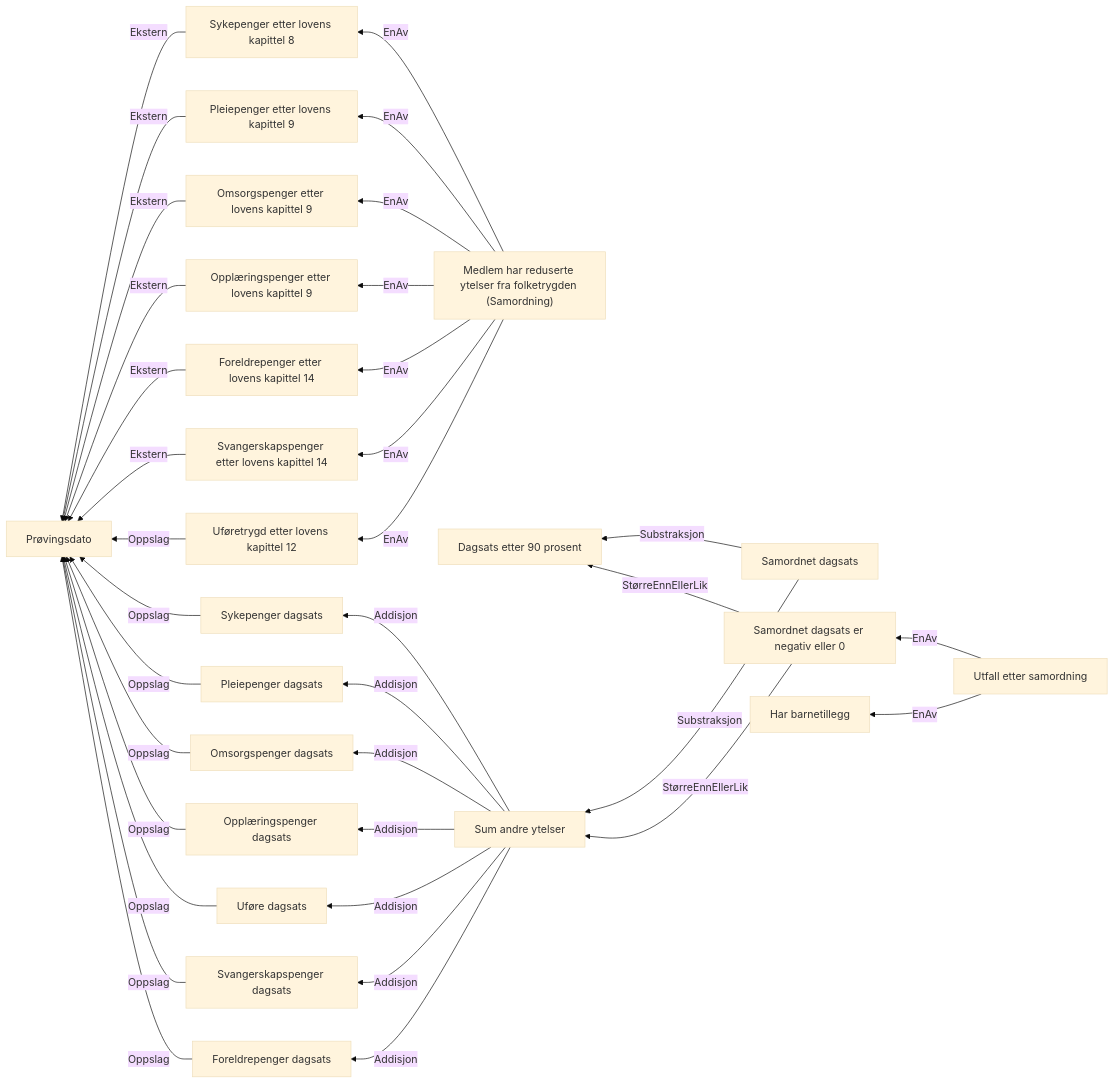
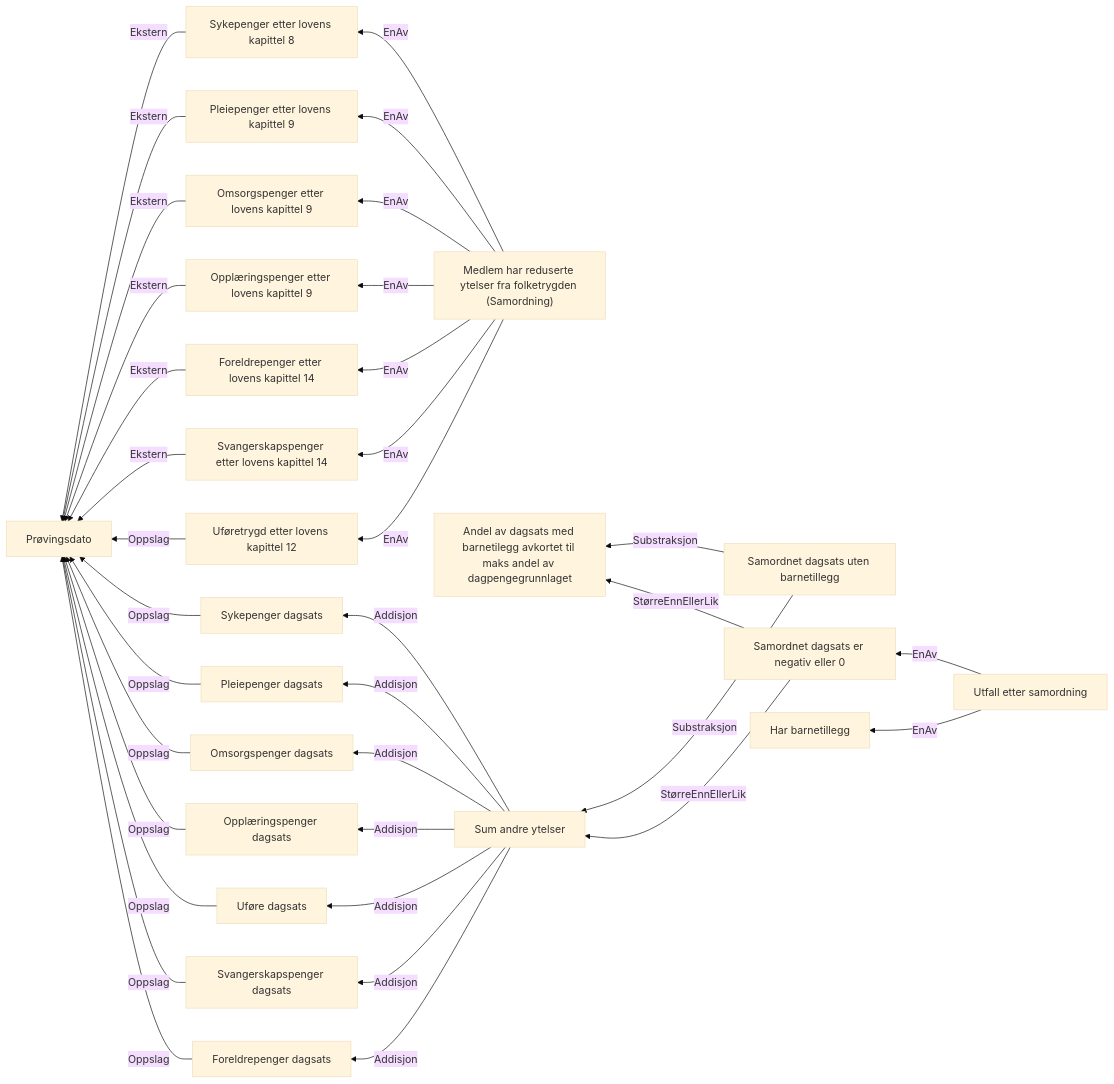
Before and after one commit to navikt/dp-vedtak: the diagram in docs/regler/§ 4-25.Samordning med reduserte ytelser fra folketrygden, eller redusert avtalefestet pensjon.approved.md, drawn with Mermaid (base theme). The commit also changed 15 other files, not shown here.

First line of the commit message:
Avkort mot 90% uten barnetillegg før samordning

````diff
--- a/docs/regler/§ 4-25.Samordning med reduserte ytelser fra folketrygden, eller redusert avtalefestet pensjon.approved.md
+++ b/docs/regler/§ 4-25.Samordning med reduserte ytelser fra folketrygden, eller redusert avtalefestet pensjon.approved.md
@@ -5,37 +5,37 @@
 ```mermaid
 graph RL
   A["Sykepenger etter lovens kapittel 8"] -->|"Ekstern"| B["Prøvingsdato"]
   C["Pleiepenger etter lovens kapittel 9"] -->|"Ekstern"| B["Prøvingsdato"]
   D["Omsorgspenger etter lovens kapittel 9"] -->|"Ekstern"| B["Prøvingsdato"]
   E["Opplæringspenger etter lovens kapittel 9"] -->|"Ekstern"| B["Prøvingsdato"]
   F["Foreldrepenger etter lovens kapittel 14"] -->|"Ekstern"| B["Prøvingsdato"]
   G["Svangerskapspenger etter lovens kapittel 14"] -->|"Ekstern"| B["Prøvingsdato"]
   H["Uføretrygd etter lovens kapittel 12"] -->|"Oppslag"| B["Prøvingsdato"]
   I["Sykepenger dagsats"] -->|"Oppslag"| B["Prøvingsdato"]
   J["Pleiepenger dagsats"] -->|"Oppslag"| B["Prøvingsdato"]
   K["Omsorgspenger dagsats"] -->|"Oppslag"| B["Prøvingsdato"]
   L["Opplæringspenger dagsats"] -->|"Oppslag"| B["Prøvingsdato"]
   M["Uføre dagsats"] -->|"Oppslag"| B["Prøvingsdato"]
   N["Svangerskapspenger dagsats"] -->|"Oppslag"| B["Prøvingsdato"]
   O["Foreldrepenger dagsats"] -->|"Oppslag"| B["Prøvingsdato"]
   P["Sum andre ytelser"] -->|"Addisjon"| I["Sykepenger dagsats"]
   P["Sum andre ytelser"] -->|"Addisjon"| J["Pleiepenger dagsats"]
   P["Sum andre ytelser"] -->|"Addisjon"| K["Omsorgspenger dagsats"]
   P["Sum andre ytelser"] -->|"Addisjon"| L["Opplæringspenger dagsats"]
   P["Sum andre ytelser"] -->|"Addisjon"| M["Uføre dagsats"]
   P["Sum andre ytelser"] -->|"Addisjon"| O["Foreldrepenger dagsats"]
   P["Sum andre ytelser"] -->|"Addisjon"| N["Svangerskapspenger dagsats"]
-  Q["Samordnet dagsats"] -->|"Substraksjon"| R["Dagsats etter 90 prosent"]
-  Q["Samordnet dagsats"] -->|"Substraksjon"| P["Sum andre ytelser"]
-  S["Samordnet dagsats er negativ eller 0"] -->|"StørreEnnEllerLik"| R["Dagsats etter 90 prosent"]
+  Q["Samordnet dagsats uten barnetillegg"] -->|"Substraksjon"| R["Andel av dagsats med barnetilegg avkortet til maks andel av dagpengegrunnlaget"]
+  Q["Samordnet dagsats uten barnetillegg"] -->|"Substraksjon"| P["Sum andre ytelser"]
+  S["Samordnet dagsats er negativ eller 0"] -->|"StørreEnnEllerLik"| R["Andel av dagsats med barnetilegg avkortet til maks andel av dagpengegrunnlaget"]
   S["Samordnet dagsats er negativ eller 0"] -->|"StørreEnnEllerLik"| P["Sum andre ytelser"]
   T["Utfall etter samordning"] -->|"EnAv"| S["Samordnet dagsats er negativ eller 0"]
   T["Utfall etter samordning"] -->|"EnAv"| U["Har barnetillegg"]
   V["Medlem har reduserte ytelser fra folketrygden (Samordning)"] -->|"EnAv"| A["Sykepenger etter lovens kapittel 8"]
   V["Medlem har reduserte ytelser fra folketrygden (Samordning)"] -->|"EnAv"| C["Pleiepenger etter lovens kapittel 9"]
   V["Medlem har reduserte ytelser fra folketrygden (Samordning)"] -->|"EnAv"| D["Omsorgspenger etter lovens kapittel 9"]
   V["Medlem har reduserte ytelser fra folketrygden (Samordning)"] -->|"EnAv"| E["Opplæringspenger etter lovens kapittel 9"]
   V["Medlem har reduserte ytelser fra folketrygden (Samordning)"] -->|"EnAv"| H["Uføretrygd etter lovens kapittel 12"]
   V["Medlem har reduserte ytelser fra folketrygden (Samordning)"] -->|"EnAv"| F["Foreldrepenger etter lovens kapittel 14"]
   V["Medlem har reduserte ytelser fra folketrygden (Samordning)"] -->|"EnAv"| G["Svangerskapspenger etter lovens kapittel 14"]
 ```
````
